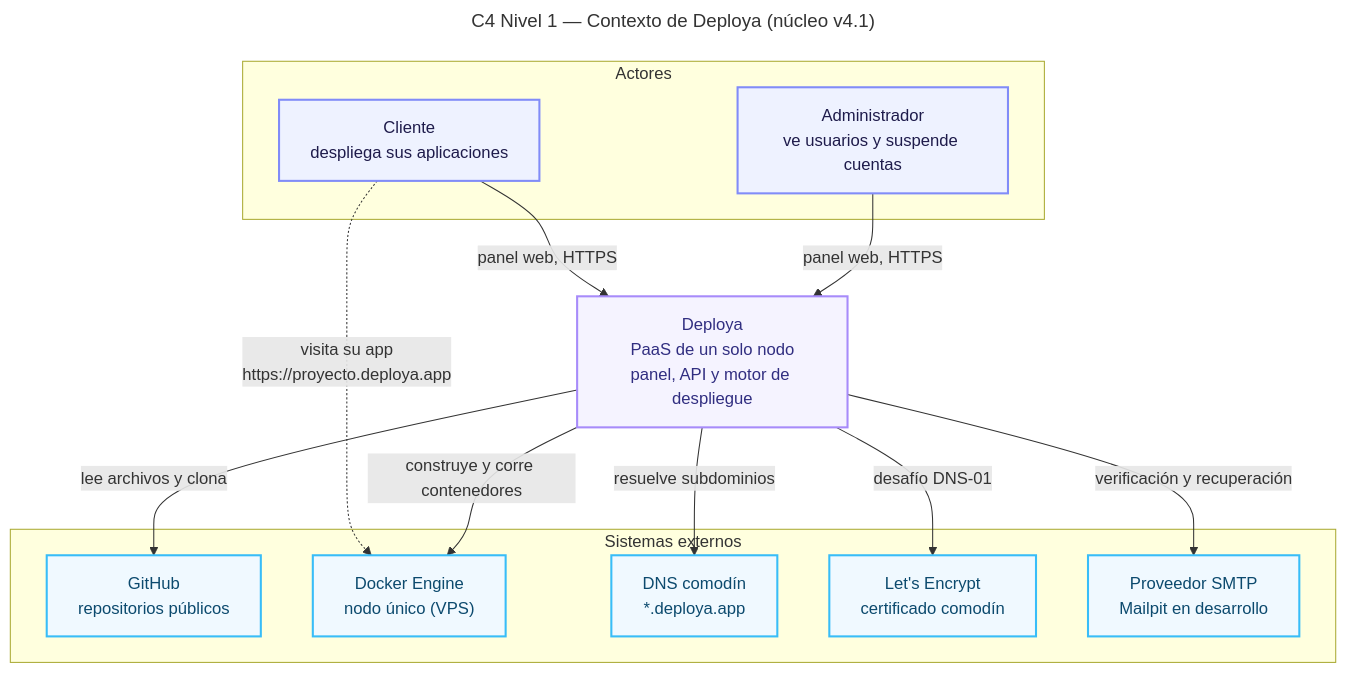
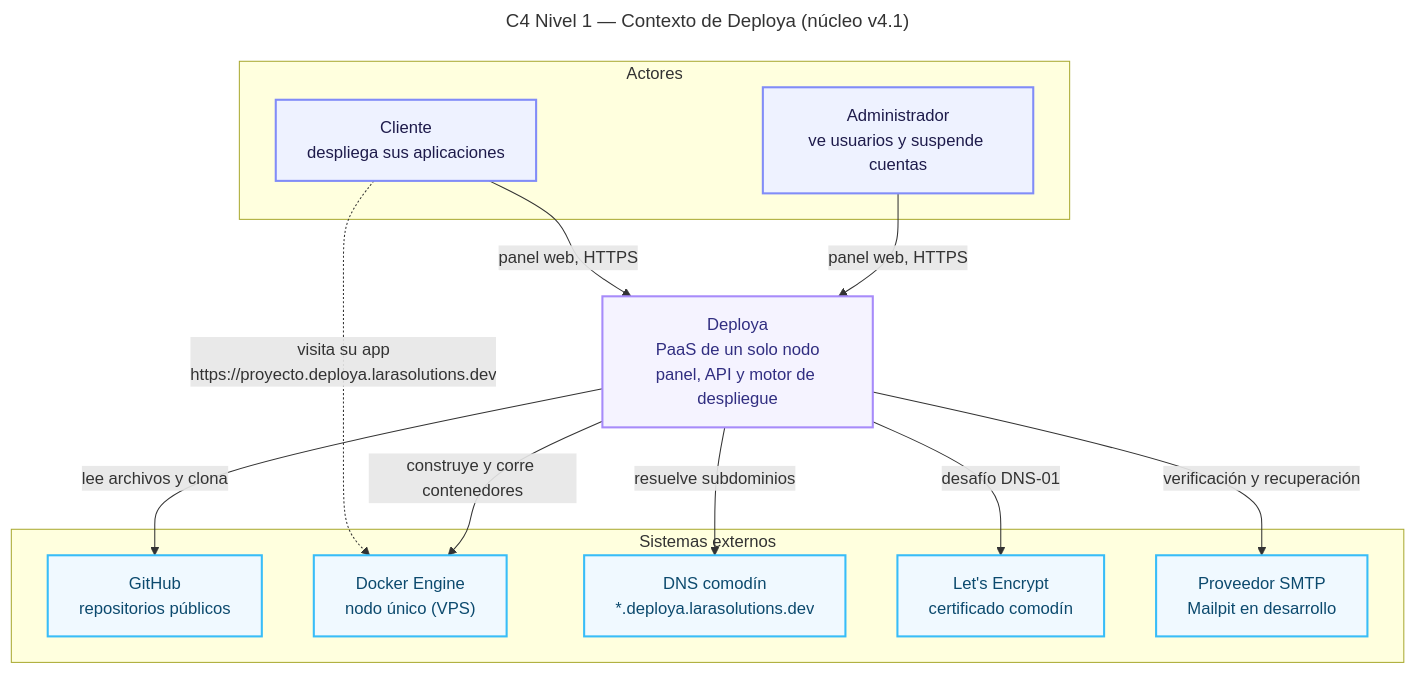
Before and after one commit to derekCmorales/deploya: the diagram in docs/diagramas/compartido/c4-contexto.mmd, drawn with Mermaid. The commit also changed 22 other files, not shown here.

```diff
--- a/docs/diagramas/compartido/c4-contexto.mmd
+++ b/docs/diagramas/compartido/c4-contexto.mmd
@@ -1,35 +1,35 @@
 ---
 title: C4 Nivel 1 — Contexto de Deploya (núcleo v4.1)
 ---
 flowchart TB
     subgraph ACTORES["Actores"]
         CLIENTE["Cliente<br/>despliega sus aplicaciones"]
         ADMIN["Administrador<br/>ve usuarios y suspende cuentas"]
     end
 
     DEPLOYA["Deploya<br/>PaaS de un solo nodo<br/>panel, API y motor de despliegue"]
 
     subgraph EXTERNOS["Sistemas externos"]
         GIT["GitHub<br/>repositorios públicos"]
         DOCKER["Docker Engine<br/>nodo único (VPS)"]
-        DNS["DNS comodín<br/>*.deploya.app"]
+        DNS["DNS comodín<br/>*.deploya.larasolutions.dev"]
         CA["Let's Encrypt<br/>certificado comodín"]
         CORREO["Proveedor SMTP<br/>Mailpit en desarrollo"]
     end
 
     CLIENTE -->|"panel web, HTTPS"| DEPLOYA
     ADMIN -->|"panel web, HTTPS"| DEPLOYA
-    CLIENTE -.->|"visita su app<br/>https://proyecto.deploya.app"| DOCKER
+    CLIENTE -.->|"visita su app<br/>https://proyecto.deploya.larasolutions.dev"| DOCKER
 
     DEPLOYA -->|"lee archivos y clona"| GIT
     DEPLOYA -->|"construye y corre contenedores"| DOCKER
     DEPLOYA -->|"resuelve subdominios"| DNS
     DEPLOYA -->|"desafío DNS-01"| CA
     DEPLOYA -->|"verificación y recuperación"| CORREO
 
     classDef actor fill:#eef2ff,stroke:#818cf8,stroke-width:2px,color:#1e1b4b
     classDef sistema fill:#f5f3ff,stroke:#a78bfa,stroke-width:2px,color:#312e81
     classDef externo fill:#f0f9ff,stroke:#38bdf8,stroke-width:2px,color:#0c4a6e
     class CLIENTE,ADMIN actor
     class DEPLOYA sistema
     class GIT,DOCKER,DNS,CA,CORREO externo
```
